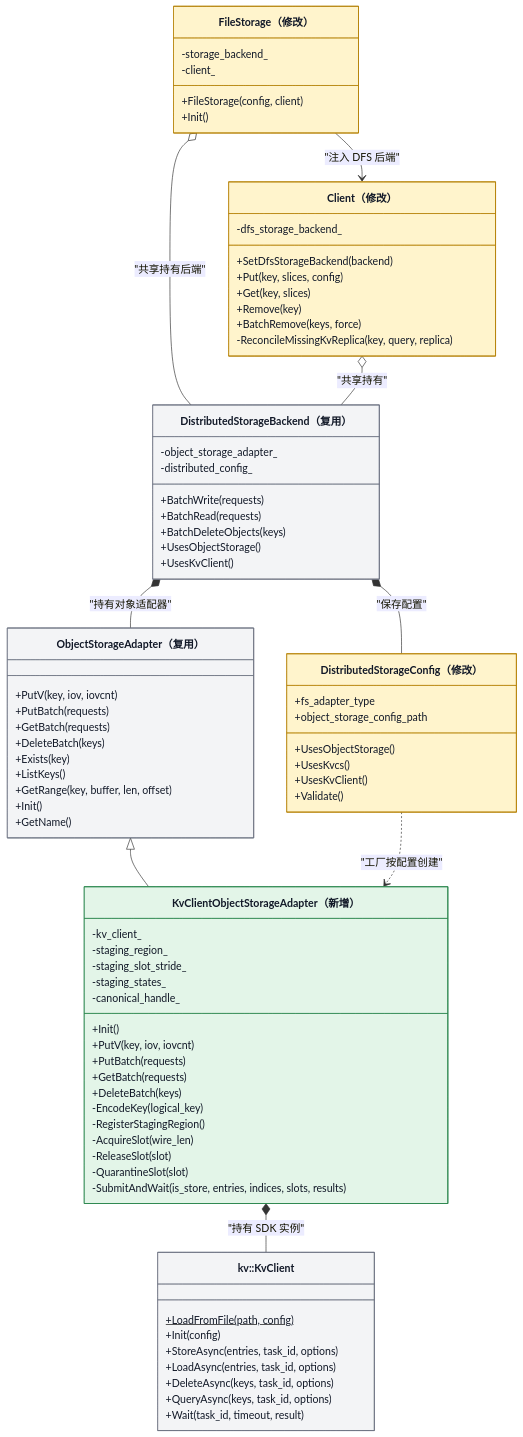
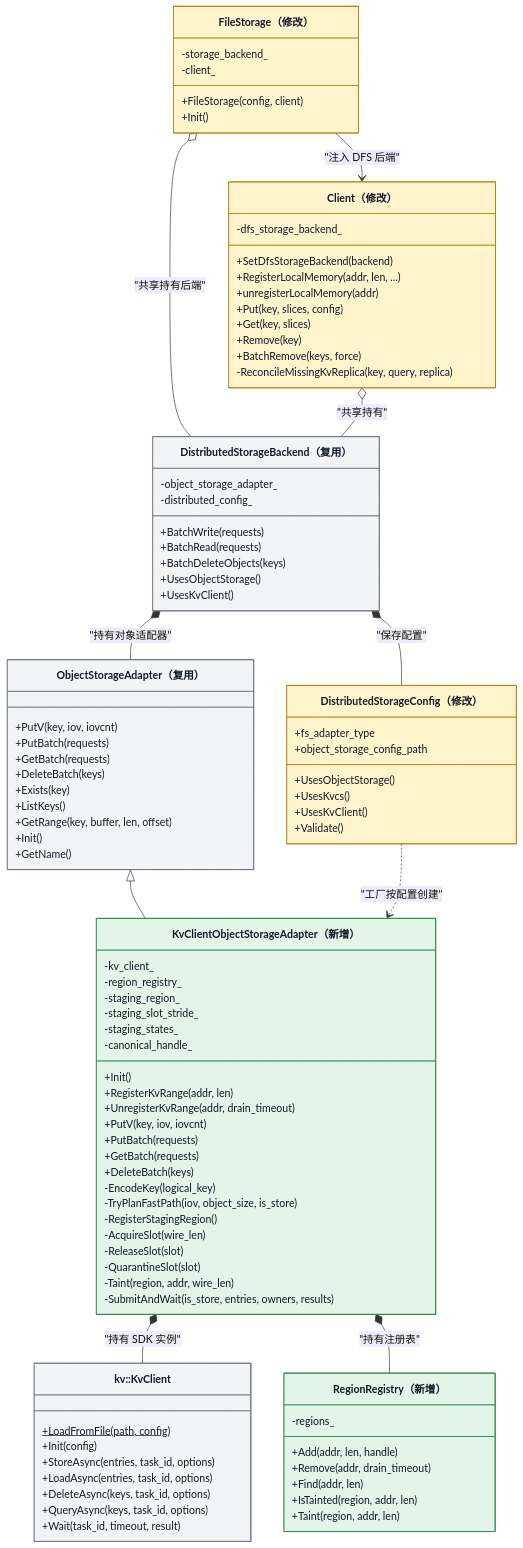
The second of 13 diagrams in Mooncake + KVClient L3 接入（Kvcs）- v3.md (zwj20000328-dotcom/Mooncake-documents), drawn with Mermaid before and after one commit. The commit also changed other lines of this file, not shown here.

First line of the commit message:
docs: fold zero-copy fast path (scheme B) into the v3 design

```diff
--- a/Mooncake + KVClient L3 接入（Kvcs）- v3.md
+++ b/Mooncake + KVClient L3 接入（Kvcs）- v3.md
@@ -146,6 +151,8 @@
     class Client["Client（修改）"] {
         -dfs_storage_backend_
         +SetDfsStorageBackend(backend)
+        +RegisterLocalMemory(addr, len, ...)
+        +unregisterLocalMemory(addr)
         +Put(key, slices, config)
         +Get(key, slices)
         +Remove(key)
@@ -175,21 +182,35 @@
    
     class KvClientObjectStorageAdapter["KvClientObjectStorageAdapter（新增）"] {
         -kv_client_
+        -region_registry_
         -staging_region_
         -staging_slot_stride_
         -staging_states_
         -canonical_handle_
         +Init()
+        +RegisterKvRange(addr, len)
+        +UnregisterKvRange(addr, drain_timeout)
         +PutV(key, iov, iovcnt)
         +PutBatch(requests)
         +GetBatch(requests)
         +DeleteBatch(keys)
         -EncodeKey(logical_key)
+        -TryPlanFastPath(iov, object_size, is_store)
         -RegisterStagingRegion()
         -AcquireSlot(wire_len)
         -ReleaseSlot(slot)
         -QuarantineSlot(slot)
-        -SubmitAndWait(is_store, entries, indices, slots, results)
+        -Taint(region, addr, wire_len)
+        -SubmitAndWait(is_store, entries, owners, results)
+    }
+
+    class RegionRegistry["RegionRegistry（新增）"] {
+        -regions_
+        +Add(addr, len, handle)
+        +Remove(addr, drain_timeout)
+        +Find(addr, len)
+        +IsTainted(region, addr, len)
+        +Taint(region, addr, len)
     }
 
     class SdkKvClient["kv::KvClient"] {
@@ -209,12 +230,14 @@
     DistributedStorageBackend *-- ObjectStorageAdapter : "持有对象适配器"
     ObjectStorageAdapter <|-- KvClientObjectStorageAdapter
     KvClientObjectStorageAdapter *-- SdkKvClient : "持有 SDK 实例"
+    KvClientObjectStorageAdapter *-- RegionRegistry : "持有注册表"
     DistributedStorageConfig ..> KvClientObjectStorageAdapter : "工厂按配置创建"
 
     style DistributedStorageConfig fill:#fff4cc,stroke:#b58105,color:#111827
     style FileStorage fill:#fff4cc,stroke:#b58105,color:#111827
     style Client fill:#fff4cc,stroke:#b58105,color:#111827
     style KvClientObjectStorageAdapter fill:#e3f5e8,stroke:#28864b,color:#111827
+    style RegionRegistry fill:#e3f5e8,stroke:#28864b,color:#111827
     style DistributedStorageBackend fill:#f3f4f6,stroke:#6b7280,color:#111827
     style ObjectStorageAdapter fill:#f3f4f6,stroke:#6b7280,color:#111827
     style SdkKvClient fill:#f3f4f6,stroke:#6b7280,color:#111827
```
